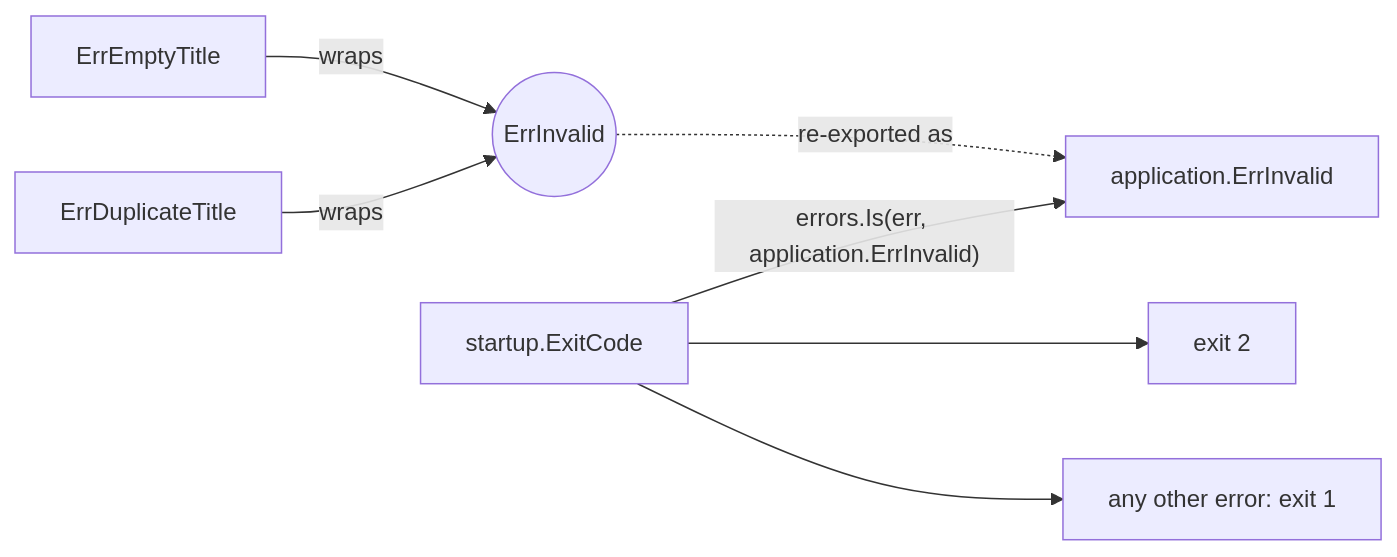
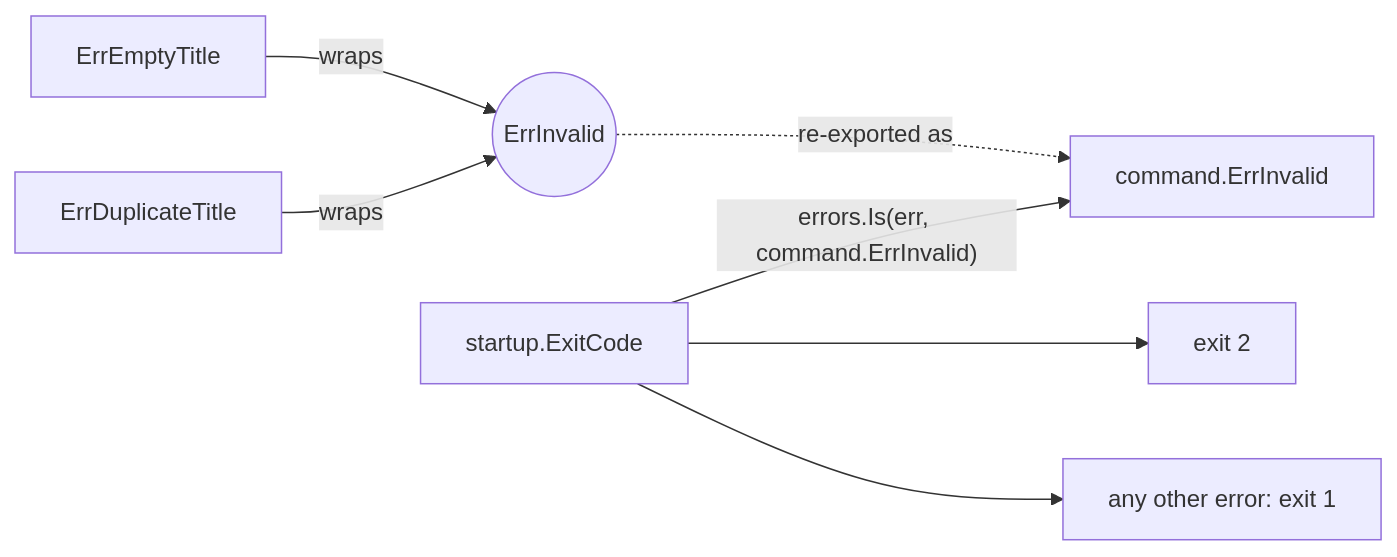
One commit to InsonusK/ai-skills changed the diagram in library/architecture/go/base-plateau-in-go.skill/glossary/error-kind.md. Above: the diagram before and after it, drawn with Mermaid. The commit also changed other lines of this file and 20 other files, not shown here.

Commit message:
refactor(architecture): Go package application -> command; layer names per stack

````diff
--- a/library/architecture/go/base-plateau-in-go.skill/glossary/error-kind.md
+++ b/library/architecture/go/base-plateau-in-go.skill/glossary/error-kind.md
@@ -18,9 +18,9 @@
 ```mermaid
 flowchart LR
     R1["ErrEmptyTitle"] -->|wraps| K(("ErrInvalid"))
     R2["ErrDuplicateTitle"] -->|wraps| K
-    K -. re-exported as .-> A["application.ErrInvalid"]
-    S["startup.ExitCode"] -->|"errors.Is(err, application.ErrInvalid)"| A
+    K -. re-exported as .-> A["command.ErrInvalid"]
+    S["startup.ExitCode"] -->|"errors.Is(err, command.ErrInvalid)"| A
     S --> X2["exit 2"]
     S --> X1["any other error: exit 1"]
 ```
````
